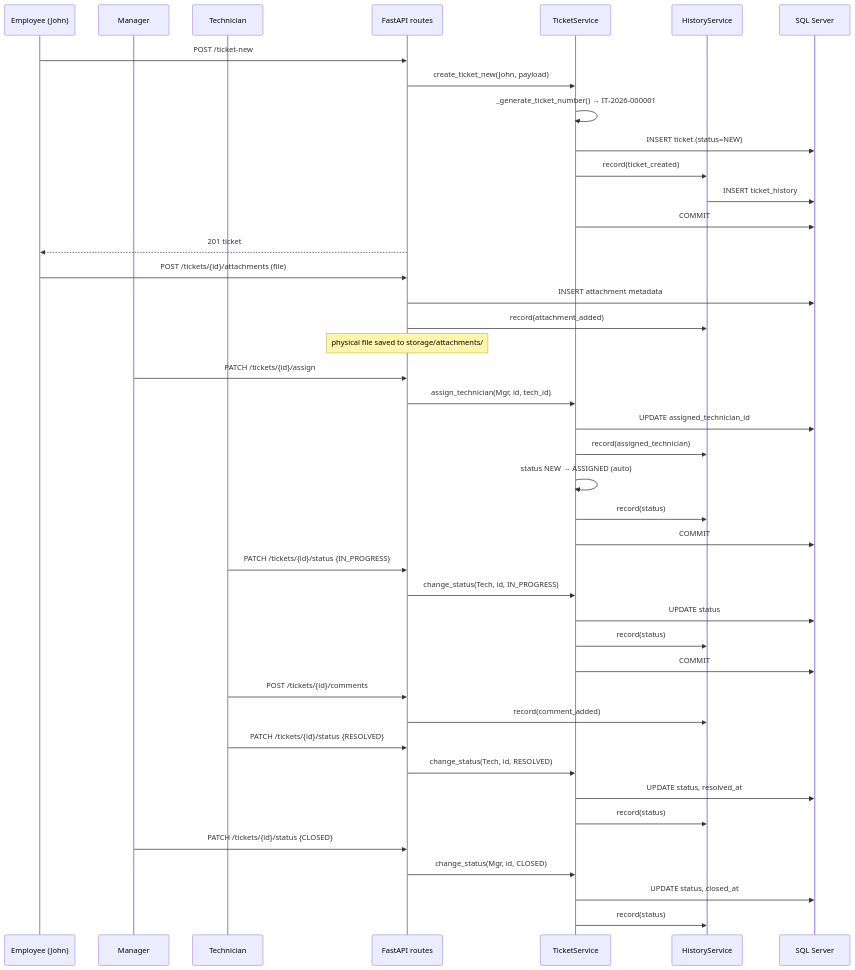
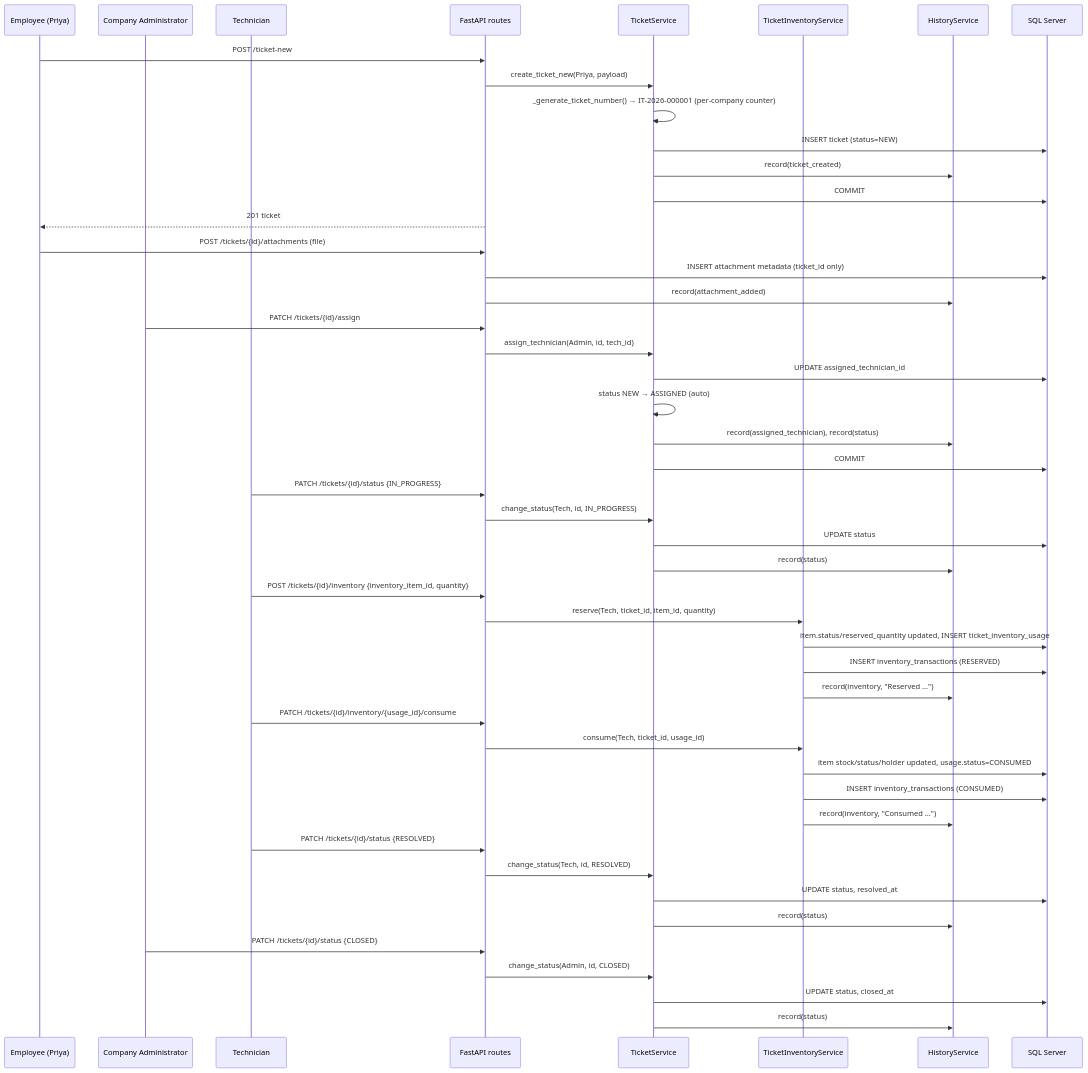
Before and after one commit to emmahr1998/ITOnIT: the fifth of 10 diagrams in docs/BACKEND_DIAGRAMS.md, drawn with Mermaid. The commit also changed other lines of this file and 44 other files, not shown here.

````diff
--- a/docs/BACKEND_DIAGRAMS.md
+++ b/docs/BACKEND_DIAGRAMS.md
@@ -220,51 +365,57 @@
 ```mermaid
 sequenceDiagram
-    participant Emp as Employee (John)
-    participant Mgr as Manager
+    participant Emp as Employee (Priya)
+    participant Admin as Company Administrator
     participant Tech as Technician
     participant API as FastAPI routes
     participant TS as TicketService
+    participant TIS as TicketInventoryService
     participant HS as HistoryService
     participant DB as SQL Server
 
     Emp->>API: POST /ticket-new
-    API->>TS: create_ticket_new(John, payload)
-    TS->>TS: _generate_ticket_number() → IT-2026-000001
+    API->>TS: create_ticket_new(Priya, payload)
+    TS->>TS: _generate_ticket_number() → IT-2026-000001 (per-company counter)
     TS->>DB: INSERT ticket (status=NEW)
     TS->>HS: record(ticket_created)
-    HS->>DB: INSERT ticket_history
     TS->>DB: COMMIT
     API-->>Emp: 201 ticket
 
     Emp->>API: POST /tickets/{id}/attachments (file)
-    API->>DB: INSERT attachment metadata
+    API->>DB: INSERT attachment metadata (ticket_id only)
     API->>HS: record(attachment_added)
-    Note over API: physical file saved to storage/attachments/
 
-    Mgr->>API: PATCH /tickets/{id}/assign
-    API->>TS: assign_technician(Mgr, id, tech_id)
+    Admin->>API: PATCH /tickets/{id}/assign
+    API->>TS: assign_technician(Admin, id, tech_id)
     TS->>DB: UPDATE assigned_technician_id
-    TS->>HS: record(assigned_technician)
     TS->>TS: status NEW → ASSIGNED (auto)
-    TS->>HS: record(status)
+    TS->>HS: record(assigned_technician), record(status)
     TS->>DB: COMMIT
 
     Tech->>API: PATCH /tickets/{id}/status {IN_PROGRESS}
     API->>TS: change_status(Tech, id, IN_PROGRESS)
     TS->>DB: UPDATE status
     TS->>HS: record(status)
-    TS->>DB: COMMIT
 
-    Tech->>API: POST /tickets/{id}/comments
-    API->>HS: record(comment_added)
+    Tech->>API: POST /tickets/{id}/inventory {inventory_item_id, quantity}
+    API->>TIS: reserve(Tech, ticket_id, item_id, quantity)
+    TIS->>DB: item.status/reserved_quantity updated, INSERT ticket_inventory_usage
+    TIS->>DB: INSERT inventory_transactions (RESERVED)
+    TIS->>HS: record(inventory, "Reserved ...")
+
+    Tech->>API: PATCH /tickets/{id}/inventory/{usage_id}/consume
+    API->>TIS: consume(Tech, ticket_id, usage_id)
+    TIS->>DB: item stock/status/holder updated, usage.status=CONSUMED
+    TIS->>DB: INSERT inventory_transactions (CONSUMED)
+    TIS->>HS: record(inventory, "Consumed ...")
 
     Tech->>API: PATCH /tickets/{id}/status {RESOLVED}
     API->>TS: change_status(Tech, id, RESOLVED)
     TS->>DB: UPDATE status, resolved_at
     TS->>HS: record(status)
 
-    Mgr->>API: PATCH /tickets/{id}/status {CLOSED}
-    API->>TS: change_status(Mgr, id, CLOSED)
+    Admin->>API: PATCH /tickets/{id}/status {CLOSED}
+    API->>TS: change_status(Admin, id, CLOSED)
     TS->>DB: UPDATE status, closed_at
     TS->>HS: record(status)
 ```
````
